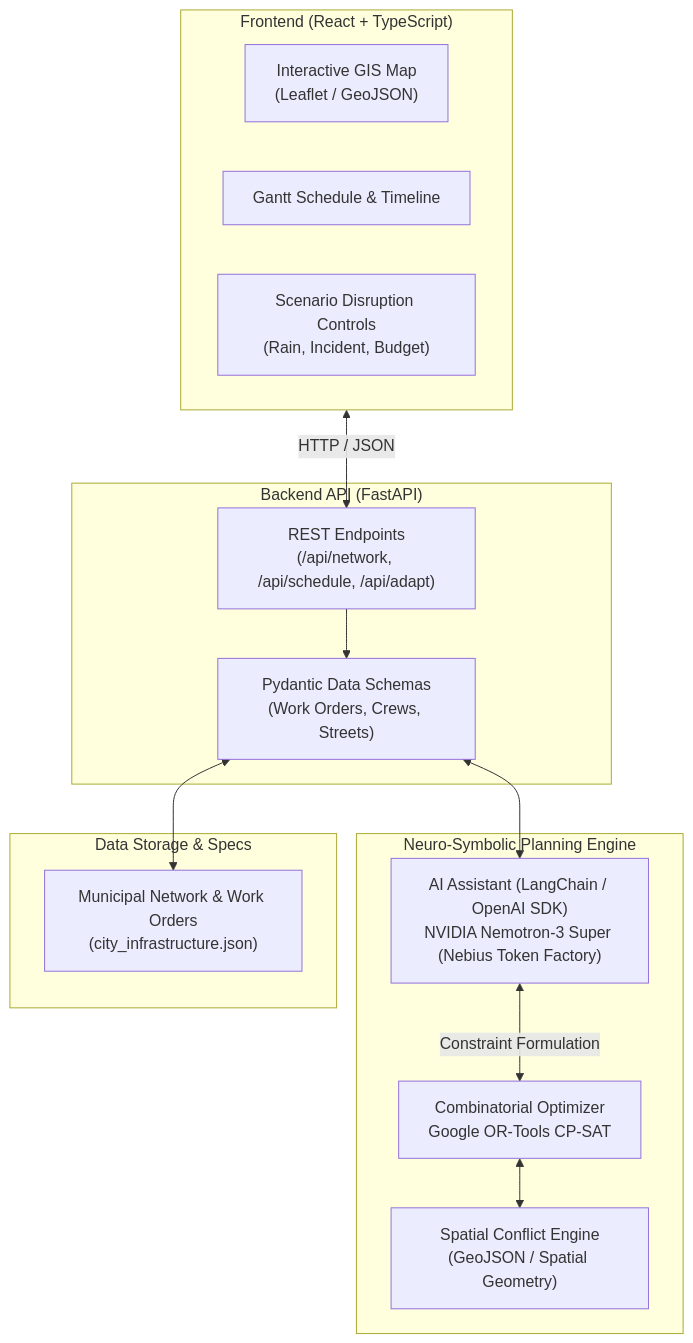
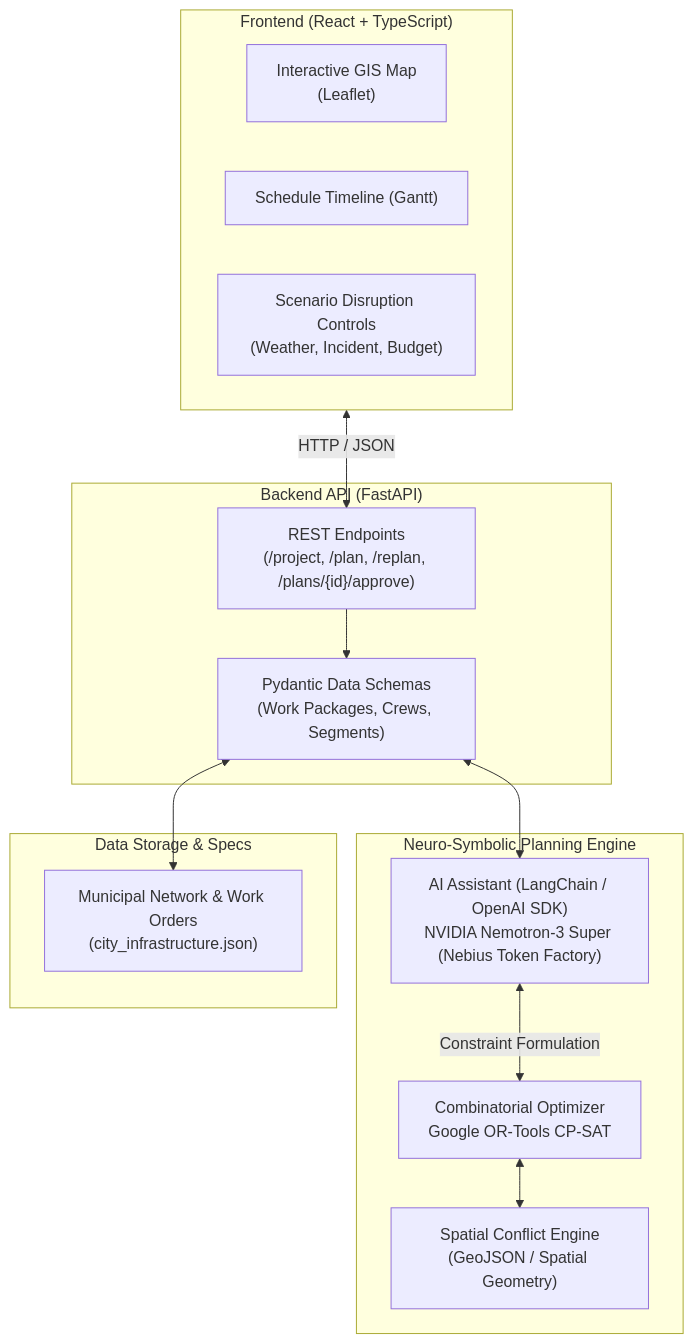
One commit to ken2k7/NVIDIA-Hackathon changed the diagram in README.md. Above: the diagram before and after it, drawn with Mermaid. The commit also changed other lines of this file, not shown here.

````diff
--- a/README.md
+++ b/README.md
@@ -55,30 +59,30 @@
 ```mermaid
 flowchart TD
     subgraph UI ["Frontend (React + TypeScript)"]
-        GIS["Interactive GIS Map\n(Leaflet / GeoJSON)"]
-        Gantt["Gantt Schedule & Timeline"]
-        Scenarios["Scenario Disruption Controls\n(Rain, Incident, Budget)"]
+        GIS["Interactive GIS Map\n(Leaflet)"]
+        Gantt["Schedule Timeline (Gantt)"]
+        Scenarios["Scenario Disruption Controls\n(Weather, Incident, Budget)"]
     end
 
     subgraph API ["Backend API (FastAPI)"]
-        Router["REST Endpoints\n(/api/network, /api/schedule, /api/adapt)"]
-        Validator["Pydantic Data Schemas\n(Work Orders, Crews, Streets)"]
+        Router["REST Endpoints\n(/project, /plan, /replan, /plans/{id}/approve)"]
+        Validator["Pydantic Data Schemas\n(Work Packages, Crews, Segments)"]
     end
 
     subgraph Intelligence ["Neuro-Symbolic Planning Engine"]
         Agent["AI Assistant (LangChain / OpenAI SDK)\nNVIDIA Nemotron-3 Super (Nebius Token Factory)"]
         Solver["Combinatorial Optimizer\nGoogle OR-Tools CP-SAT"]
         GeoEngine["Spatial Conflict Engine\n(GeoJSON / Spatial Geometry)"]
     end
 
     subgraph Data ["Data Storage & Specs"]
         CityData["Municipal Network & Work Orders\n(city_infrastructure.json)"]
     end
 
     UI <-->|HTTP / JSON| Router
     Router --> Validator
     Validator <--> CityData
     Validator <--> Agent
     Agent <-->|Constraint Formulation| Solver
     Solver <--> GeoEngine
 ```
````
